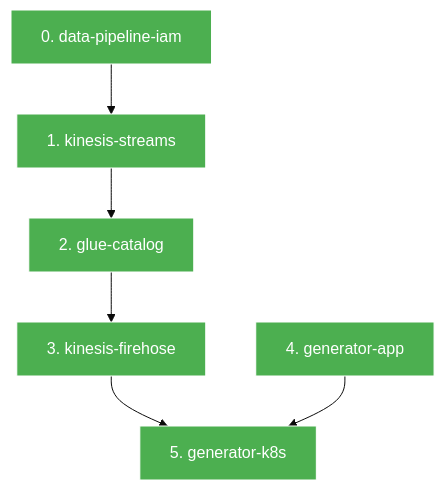
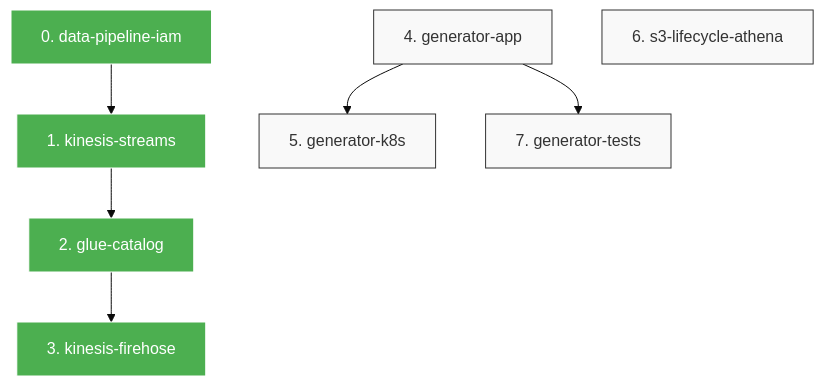
One commit to masondev1024/robot-data-pipeline changed the diagram in phases/1-ingestion/DAG.md. Above: the diagram before and after it, drawn with Mermaid (base theme). The commit also changed 6 other files, not shown here.

````diff
--- a/phases/1-ingestion/DAG.md
+++ b/phases/1-ingestion/DAG.md
@@ -3,24 +3,28 @@
 ```mermaid
 graph TD
   classDef completed fill:#4CAF50,stroke:#fff,color:#fff;
   classDef pending fill:#f9f9f9,stroke:#333;
   classDef error fill:#f44336,stroke:#fff,color:#fff;
   classDef blocked fill:#FF9800,stroke:#fff,color:#fff;
   S0["0. data-pipeline-iam"]
   class S0 completed;
   S1["1. kinesis-streams"]
   class S1 completed;
   S0 --> S1
   S2["2. glue-catalog"]
   class S2 completed;
   S1 --> S2
   S3["3. kinesis-firehose"]
   class S3 completed;
   S2 --> S3
   S4["4. generator-app"]
-  class S4 completed;
+  class S4 pending;
   S5["5. generator-k8s"]
-  class S5 completed;
-  S3 --> S5
+  class S5 pending;
   S4 --> S5
+  S6["6. s3-lifecycle-athena"]
+  class S6 pending;
+  S7["7. generator-tests"]
+  class S7 pending;
+  S4 --> S7
 ```
````
